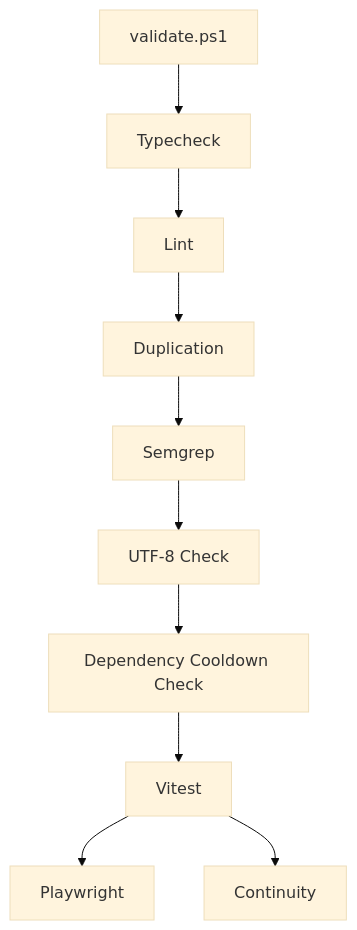
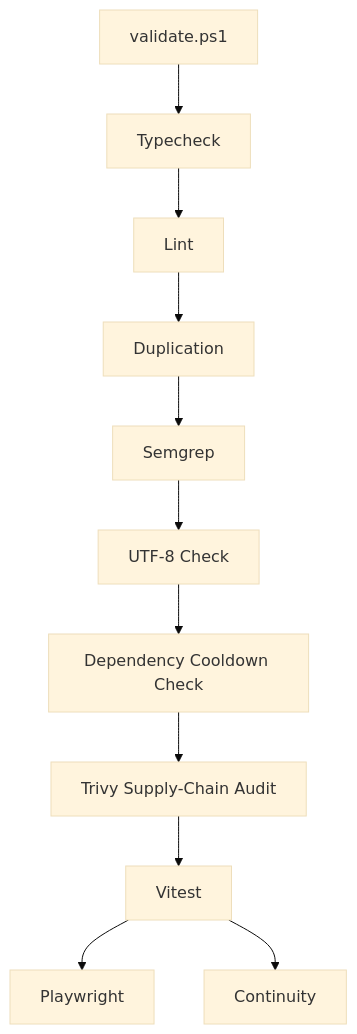
Before and after one commit to TKlerx/webapp-template: the diagram in specs/base/testing-and-quality.md, drawn with Mermaid (base theme). The commit also changed other lines of this file and 14 other files, not shown here.

Commit message:
feat: add trivy supply-chain audit

````diff
--- a/specs/base/testing-and-quality.md
+++ b/specs/base/testing-and-quality.md
@@ -55,23 +55,25 @@
 ```mermaid
 flowchart TD
     Start[validate.ps1]
     Typecheck[Typecheck]
     Lint[Lint]
     Duplication[Duplication]
     Semgrep[Semgrep]
     Utf8[UTF-8 Check]
     Cooldown[Dependency Cooldown Check]
+    Trivy[Trivy Supply-Chain Audit]
     Unit[Vitest]
     E2E[Playwright]
     Continuity[Continuity]
 
     Start --> Typecheck
     Typecheck --> Lint
     Lint --> Duplication
     Duplication --> Semgrep
     Semgrep --> Utf8
     Utf8 --> Cooldown
-    Cooldown --> Unit
+    Cooldown --> Trivy
+    Trivy --> Unit
     Unit --> E2E
     Unit --> Continuity
 ```
````
